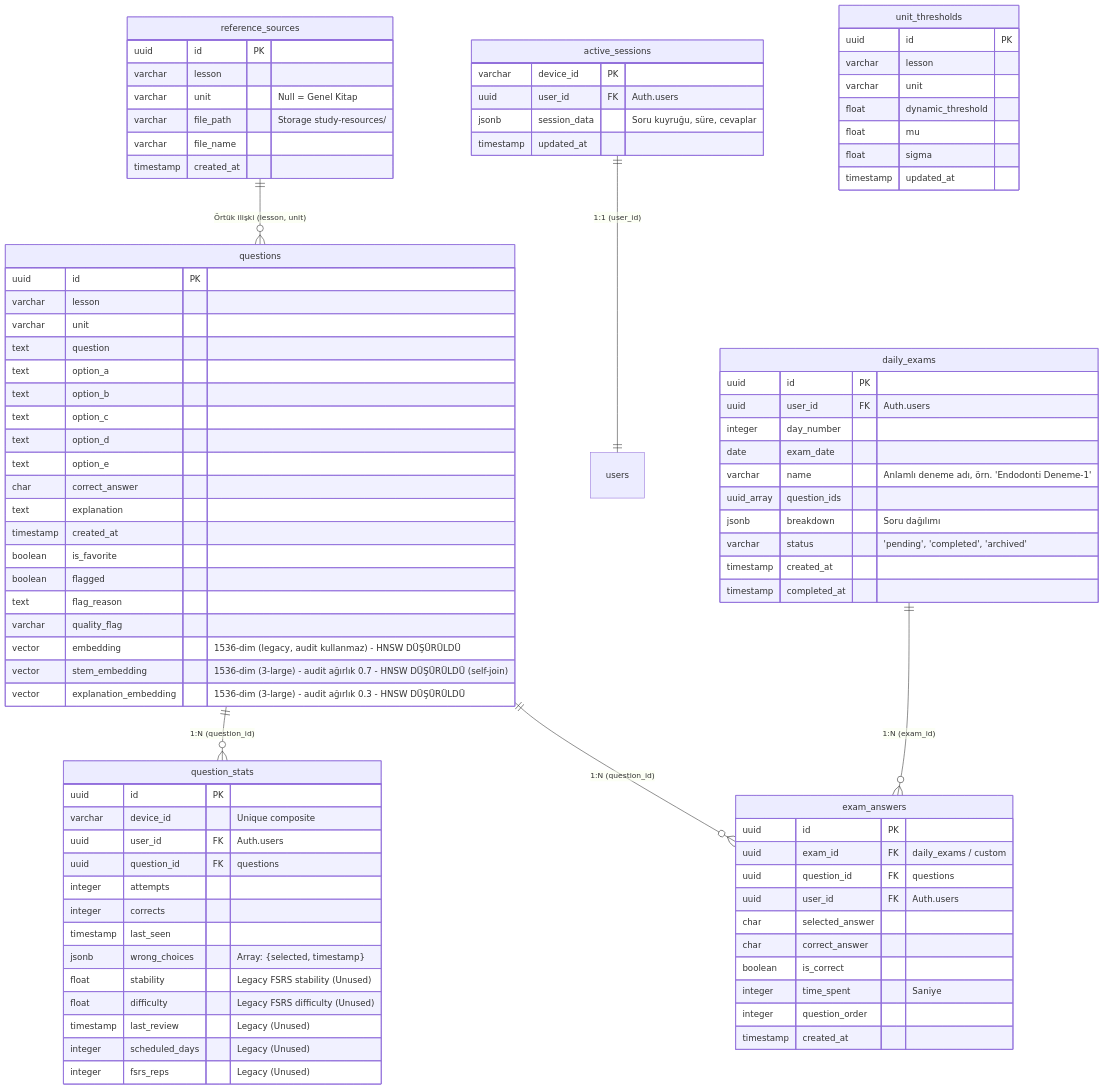
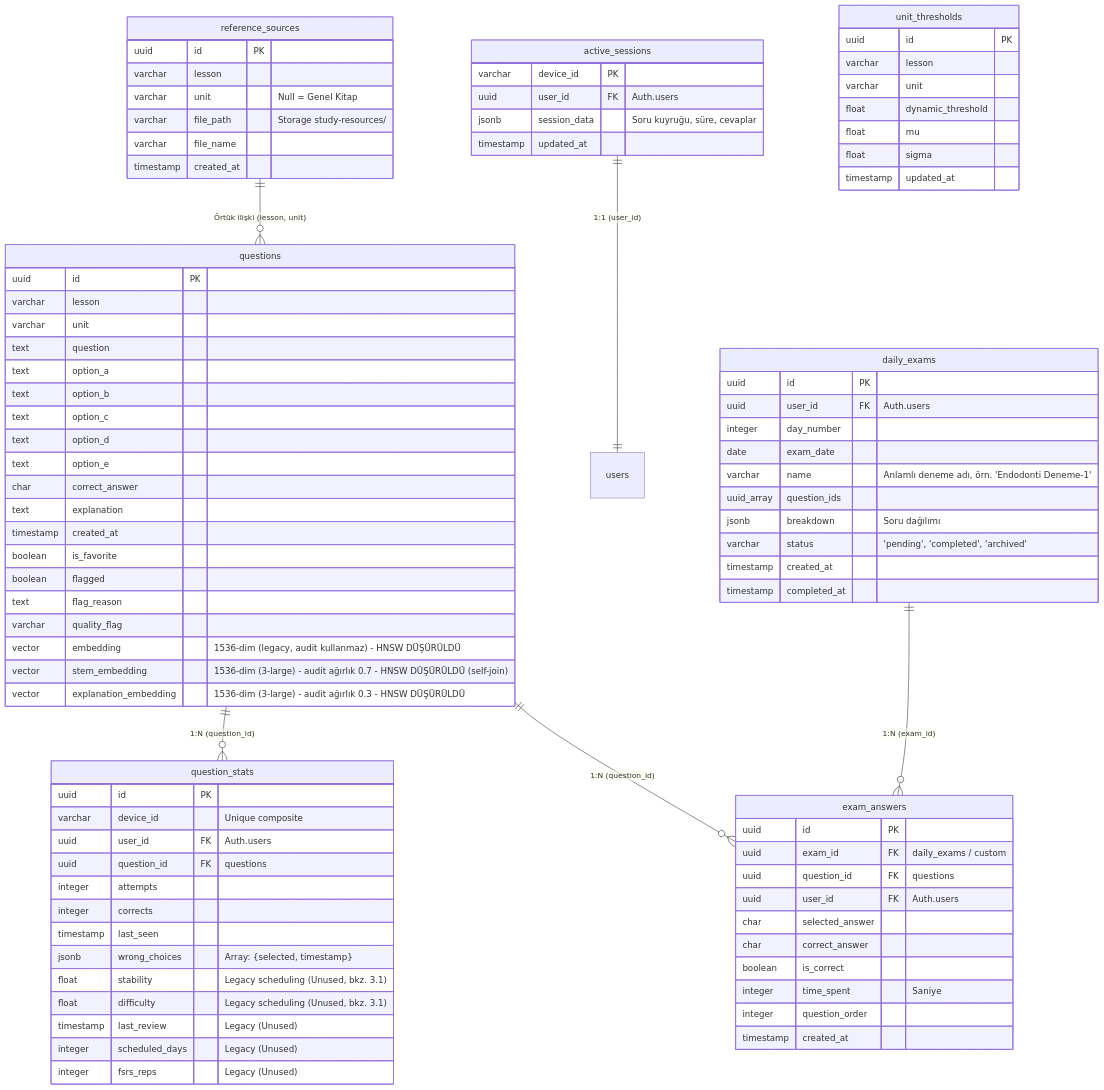
The diagram in gemini.md (gsaslan2001-blip/DUSBANKASI), drawn with Mermaid before and after one commit. The commit also changed other lines of this file and 124 other files, not shown here.

```diff
--- a/gemini.md
+++ b/gemini.md
@@ -253,8 +255,8 @@
         integer corrects
         timestamp last_seen
         jsonb wrong_choices "Array: {selected, timestamp}"
-        float stability "Legacy FSRS stability (Unused)"
-        float difficulty "Legacy FSRS difficulty (Unused)"
+        float stability "Legacy scheduling (Unused, bkz. 3.1)"
+        float difficulty "Legacy scheduling (Unused, bkz. 3.1)"
         timestamp last_review "Legacy (Unused)"
         integer scheduled_days "Legacy (Unused)"
         integer fsrs_reps "Legacy (Unused)"
```
